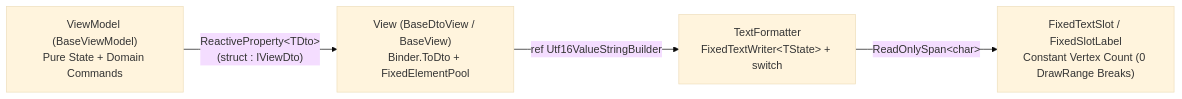
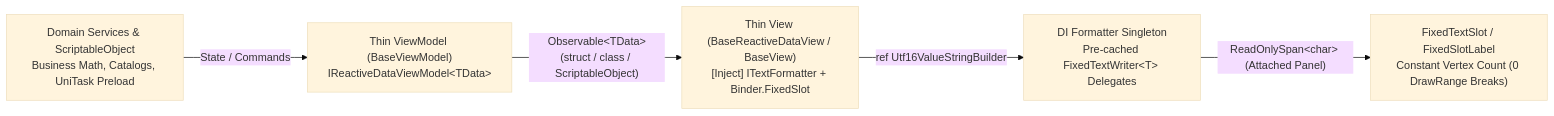
Before and after one commit to ReenBo/SUIF: the diagram in Documentation~/DTO_Standard_And_ZeroAlloc_UI.md, drawn with Mermaid (base theme). The commit also changed other lines of this file and 3 other files, not shown here.

Commit message:
docs(suif): update human and AI architecture manuals for universal Data, Thin MVVM, and DI formatters

````diff
--- a/Documentation~/DTO_Standard_And_ZeroAlloc_UI.md
+++ b/Documentation~/DTO_Standard_And_ZeroAlloc_UI.md
@@ -21,6 +22,7 @@
 ```mermaid
 flowchart LR
-    VM["ViewModel (BaseViewModel)<br/>Pure State + Domain Commands"] -->|"ReactiveProperty&lt;TDto&gt;<br/>(struct : IViewDto)"| View["View (BaseDtoView / BaseView)<br/>Binder.ToDto + FixedElementPool"]
-    View -->|"ref Utf16ValueStringBuilder"| Fmt["TextFormatter<br/>FixedTextWriter&lt;TState&gt; + switch"]
-    Fmt -->|"ReadOnlySpan&lt;char&gt;"| Slot["FixedTextSlot / FixedSlotLabel<br/>Constant Vertex Count (0 DrawRange Breaks)"]
+    Svc["Domain Services & ScriptableObject<br/>Business Math, Catalogs, UniTask Preload"] -->|"State / Commands"| VM["Thin ViewModel (BaseViewModel)<br/>IReactiveDataViewModel&lt;TData&gt;"]
+    VM -->|"Observable&lt;TData&gt;<br/>(struct / class / ScriptableObject)"| View["Thin View (BaseReactiveDataView / BaseView)<br/>[Inject] ITextFormatter + Binder.FixedSlot"]
+    View -->|"ref Utf16ValueStringBuilder"| Fmt["DI Formatter Singleton<br/>Pre-cached FixedTextWriter&lt;T&gt; Delegates"]
+    Fmt -->|"ReadOnlySpan&lt;char&gt; (Attached Panel)"| Slot["FixedTextSlot / FixedSlotLabel<br/>Constant Vertex Count (0 DrawRange Breaks)"]
 ```
````
